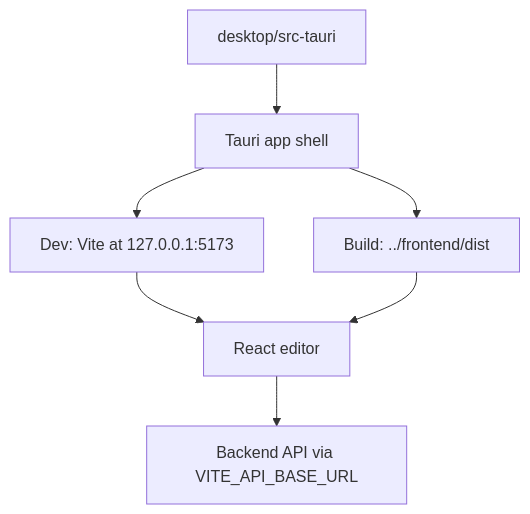
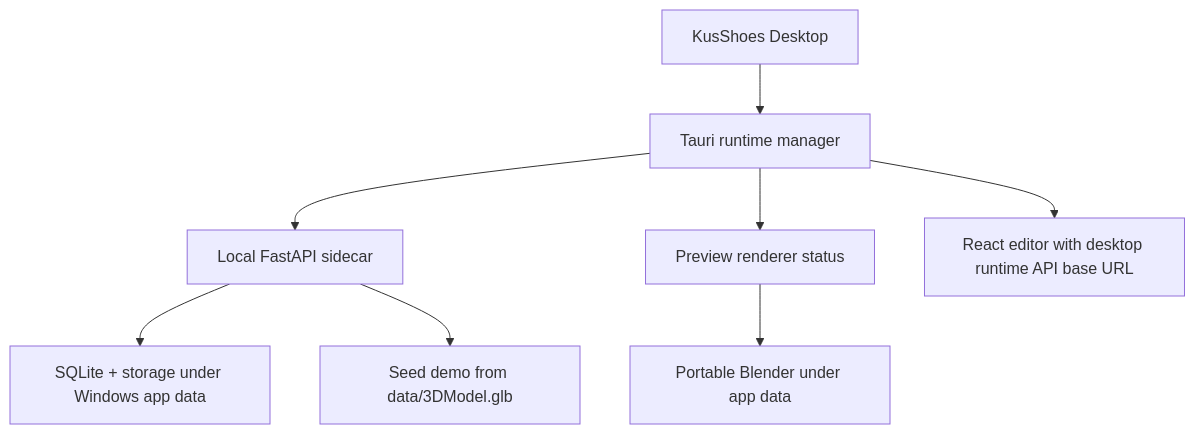
Before and after one commit to EXE-CAPSTONE-TEAM/ar-ai-exe: the diagram in desktop/README.md, drawn with Mermaid. The commit also changed other lines of this file and 26 other files, not shown here.

Commit message:
Implement desktop beta runtime UX

````diff
--- a/desktop/README.md
+++ b/desktop/README.md
@@ -8,9 +16,10 @@
 ```mermaid
 flowchart TD
-    A["desktop/src-tauri"] --> B["Tauri app shell"]
-    B --> C["Dev: Vite at 127.0.0.1:5173"]
-    B --> D["Build: ../frontend/dist"]
-    C --> E["React editor"]
-    D --> E
-    E --> F["Backend API via VITE_API_BASE_URL"]
+    A["KusShoes Desktop"] --> B["Tauri runtime manager"]
+    B --> C["Local FastAPI sidecar"]
+    C --> D["SQLite + storage under Windows app data"]
+    C --> E["Seed demo from data/3DModel.glb"]
+    B --> F["Preview renderer status"]
+    F --> G["Portable Blender under app data"]
+    B --> H["React editor with desktop runtime API base URL"]
 ```
````
